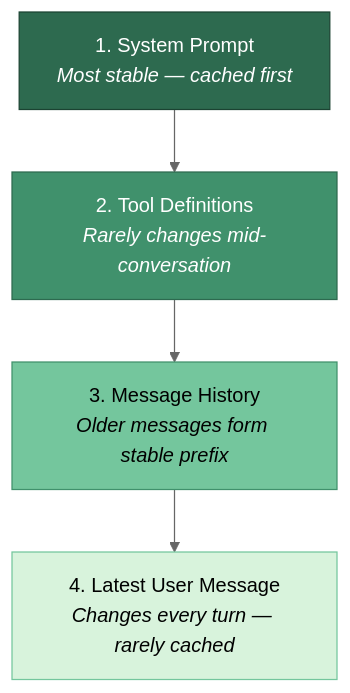
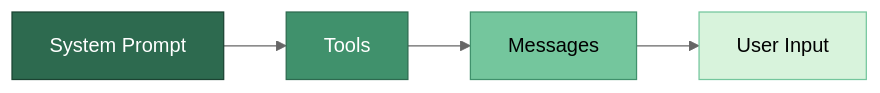
The first of 2 diagrams in 003-prompt-caching-layer.md (dangquan1402/community-contributor-posts), drawn with Mermaid (neutral theme) before and after one commit. The commit also changed other lines of this file and 9 other files, not shown here.

First line of the commit message:
Improve diagrams, add inline references and TOC headers across all posts

````diff
--- a/003-prompt-caching-layer.md
+++ b/003-prompt-caching-layer.md
@@ -28,11 +35,11 @@
 ```mermaid
-graph TD
-    A["1. System Prompt<br/><i>Most stable — cached first</i>"] --> B["2. Tool Definitions<br/><i>Rarely changes mid-conversation</i>"]
-    B --> C["3. Message History<br/><i>Older messages form stable prefix</i>"]
-    C --> D["4. Latest User Message<br/><i>Changes every turn — rarely cached</i>"]
+graph LR
+    A["System Prompt"] --> B["Tools"]
+    B --> C["Messages"]
+    C --> D["User Input"]
 
     style A fill:#2d6a4f,stroke:#1b4332,color:#fff
     style B fill:#40916c,stroke:#2d6a4f,color:#fff
     style C fill:#74c69d,stroke:#40916c,color:#000
     style D fill:#d8f3dc,stroke:#74c69d,color:#000
 ```
````
